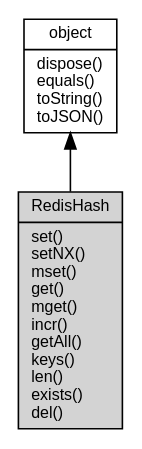
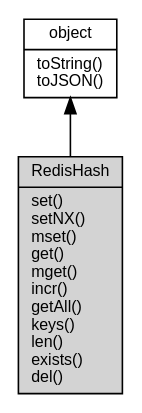
The diagram in docs/object/ifs/RedisHash.md (asionius/fibjs-ceph), drawn with Graphviz before and after one commit. The commit also changed other lines of this file and 138 other files, not shown here.

````diff
--- a/docs/object/ifs/RedisHash.md
+++ b/docs/object/ifs/RedisHash.md
@@ -13,10 +13,10 @@
 ```dot
 digraph {
     node [fontname="Helvetica,sans-Serif", fontsize=10, shape="record", style="filled", fillcolor="white"];
 
-    object [tooltip="object", URL="object.md", label="{object|dispose()\lequals()\ltoString()\ltoJSON()\l}"];
-    RedisHash [tooltip="RedisHash", fillcolor="lightgray", label="{RedisHash|set()\lsetNX()\lmset()\lget()\lmget()\lincr()\lgetAll()\lkeys()\llen()\lexists()\ldel()\l}"];
+    object [tooltip="object", URL="object.md", label="{object|toString()\ltoJSON()\l}"];
+    RedisHash [tooltip="RedisHash", fillcolor="lightgray", id="me", label="{RedisHash|set()\lsetNX()\lmset()\lget()\lmget()\lincr()\lgetAll()\lkeys()\llen()\lexists()\ldel()\l}"];
 
     object -> RedisHash [dir=back];
 }
 ```
````
